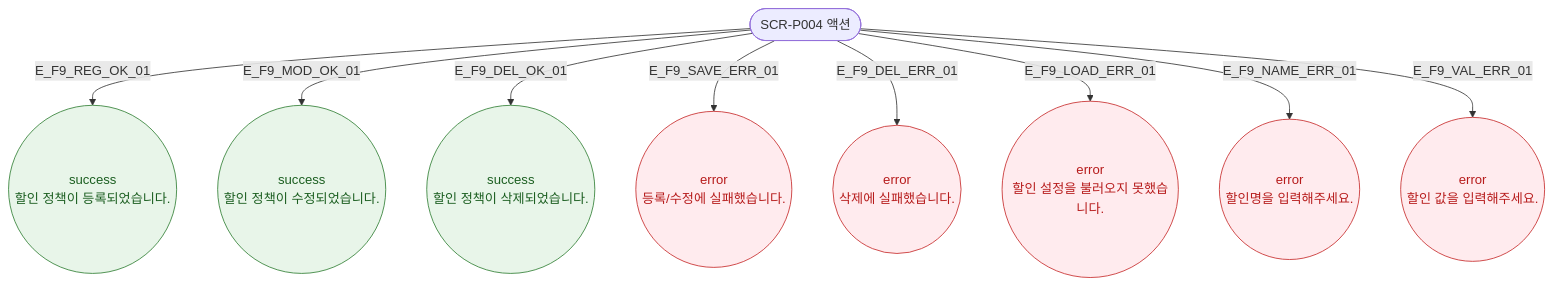
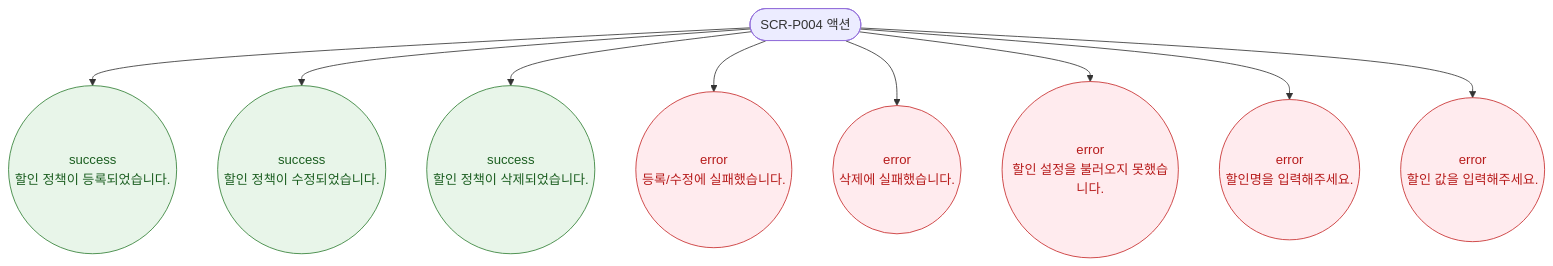
The diagram in docs/다이어그램/D05_상품관리/SCR-P004_할인설정/F9_토스트피드백.md (dev-spogym/admin-pando), drawn with Mermaid before and after one commit. The commit also changed other lines of this file and 1660 other files, not shown here.

First line of the commit message:
다이어그램: 기획자/클라이언트 납품본으로 정리

````diff
--- a/docs/다이어그램/D05_상품관리/SCR-P004_할인설정/F9_토스트피드백.md
+++ b/docs/다이어그램/D05_상품관리/SCR-P004_할인설정/F9_토스트피드백.md
@@ -16,18 +14,18 @@
 ```mermaid
 flowchart TD
     TRIGGER([SCR-P004 액션])
 
-    TRIGGER -->|E_F9_REG_OK_01| T_REG((success\n할인 정책이 등록되었습니다.))
-    TRIGGER -->|E_F9_MOD_OK_01| T_MOD((success\n할인 정책이 수정되었습니다.))
-    TRIGGER -->|E_F9_DEL_OK_01| T_DEL((success\n할인 정책이 삭제되었습니다.))
-    TRIGGER -->|E_F9_SAVE_ERR_01| T_SAVE_ERR((error\n등록/수정에 실패했습니다.))
-    TRIGGER -->|E_F9_DEL_ERR_01| T_DEL_ERR((error\n삭제에 실패했습니다.))
-    TRIGGER -->|E_F9_LOAD_ERR_01| T_LOAD_ERR((error\n할인 설정을 불러오지 못했습니다.))
-    TRIGGER -->|E_F9_NAME_ERR_01| T_NAME_ERR((error\n할인명을 입력해주세요.))
-    TRIGGER -->|E_F9_VAL_ERR_01| T_VAL_ERR((error\n할인 값을 입력해주세요.))
+    TRIGGER --> T_REG((success\n할인 정책이 등록되었습니다.))
+    TRIGGER --> T_MOD((success\n할인 정책이 수정되었습니다.))
+    TRIGGER --> T_DEL((success\n할인 정책이 삭제되었습니다.))
+    TRIGGER --> T_SAVE_ERR((error\n등록/수정에 실패했습니다.))
+    TRIGGER --> T_DEL_ERR((error\n삭제에 실패했습니다.))
+    TRIGGER --> T_LOAD_ERR((error\n할인 설정을 불러오지 못했습니다.))
+    TRIGGER --> T_NAME_ERR((error\n할인명을 입력해주세요.))
+    TRIGGER --> T_VAL_ERR((error\n할인 값을 입력해주세요.))
 
     classDef success fill:#E8F5E9,stroke:#2E7D32,color:#1B5E20
     classDef error fill:#FFEBEE,stroke:#C62828,color:#B71C1C
     class T_REG,T_MOD,T_DEL success
     class T_SAVE_ERR,T_DEL_ERR,T_LOAD_ERR,T_NAME_ERR,T_VAL_ERR error
 ```
````
